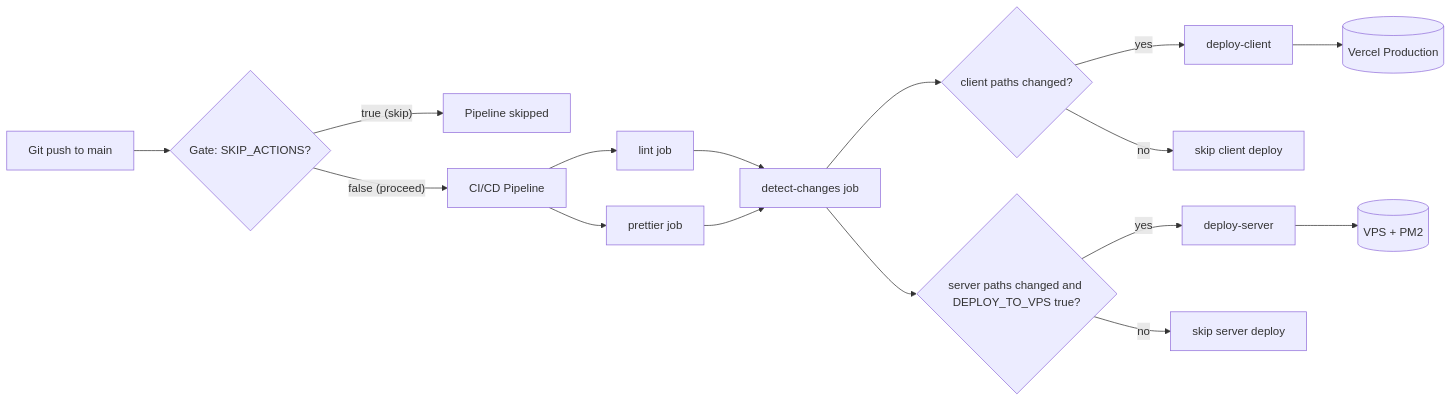
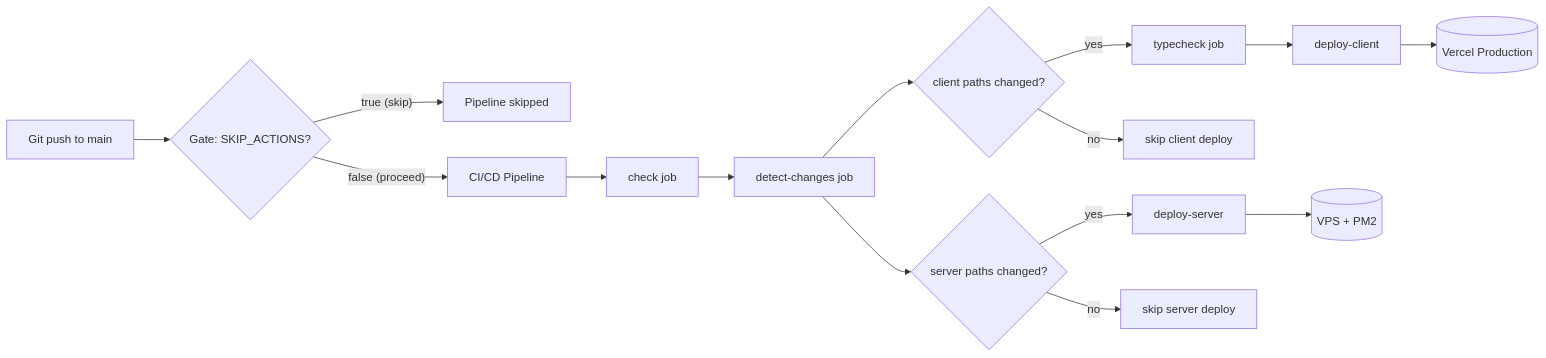
Before and after one commit to IamDevTrivedi/Trimium: the first of 6 diagrams in docs/architecture/CI_CD_PIPELINE_ARCHITECTURE.md, drawn with Mermaid. The commit also changed other lines of this file and 69 other files, not shown here.

````diff
--- a/docs/architecture/CI_CD_PIPELINE_ARCHITECTURE.md
+++ b/docs/architecture/CI_CD_PIPELINE_ARCHITECTURE.md
@@ -20,24 +20,24 @@
 ```mermaid
 flowchart LR
     A[Git push to main] --> B{Gate: SKIP_ACTIONS?}
     B -- "true (skip)" --> Z[Pipeline skipped]
     B -- "false (proceed)" --> C[CI/CD Pipeline]
 
-    C --> D[lint job]
-    C --> E[prettier job]
+    C --> D[check job]
 
-    D --> F[detect-changes job]
-    E --> F
+    D --> E[detect-changes job]
 
-    F --> G{client paths changed?}
-    F --> H{server paths changed and DEPLOY_TO_VPS true?}
+    E --> F{client paths changed?}
+    E --> G{server paths changed?}
 
-    G -- yes --> I[deploy-client]
-    G -- no --> J[skip client deploy]
+    F -- yes --> H[typecheck job]
+    F -- no --> I[skip client deploy]
 
-    H -- yes --> K[deploy-server]
-    H -- no --> L[skip server deploy]
+    H --> J[deploy-client]
+    J --> K[(Vercel Production)]
 
-    I --> M[(Vercel Production)]
-    K --> N[(VPS + PM2)]
+    G -- yes --> L[deploy-server]
+    G -- no --> M[skip server deploy]
+
+    L --> N[(VPS + PM2)]
 ```
````
